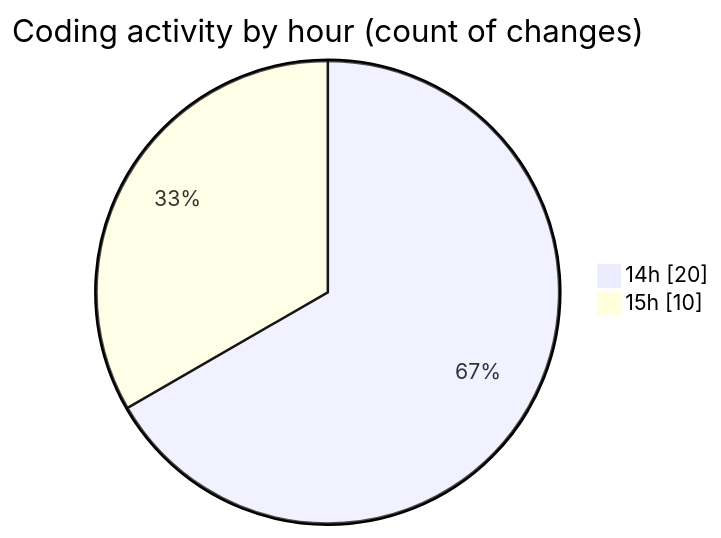
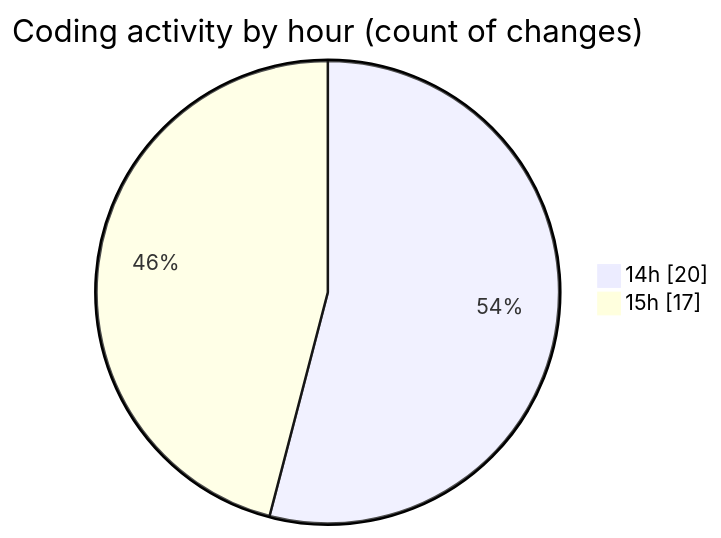
The second of 2 diagrams in 2025-08-26/nxtqube_webapp/README.md (nxtqubesakshisongat/code-tracking), drawn with Mermaid before and after one commit. The commit also changed other lines of this file and 1 other file, not shown here.

````diff
--- a/2025-08-26/nxtqube_webapp/README.md
+++ b/2025-08-26/nxtqube_webapp/README.md
@@ -34,6 +34,6 @@
 ```mermaid
 pie showData
 title Coding activity by hour (count of changes)
 "14h" : 20
-"15h" : 10
+"15h" : 17
 ```
````
